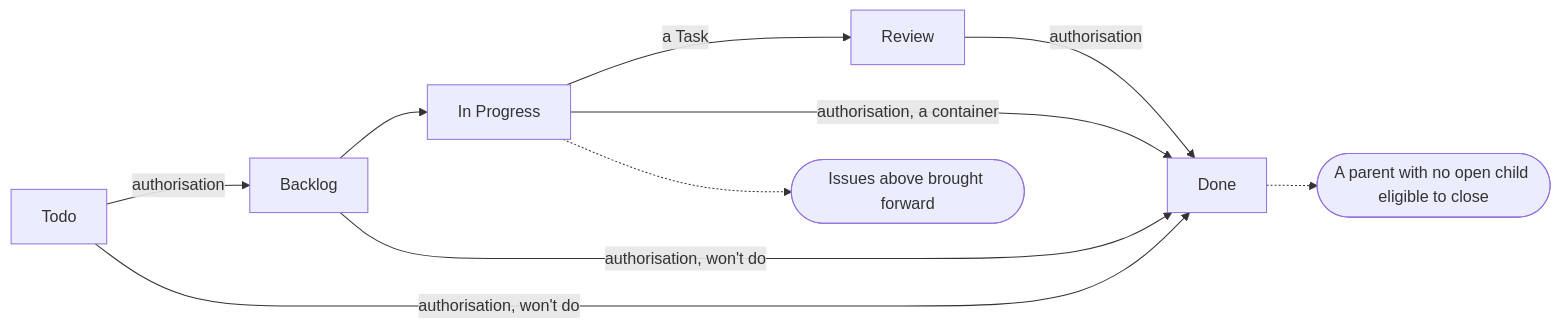
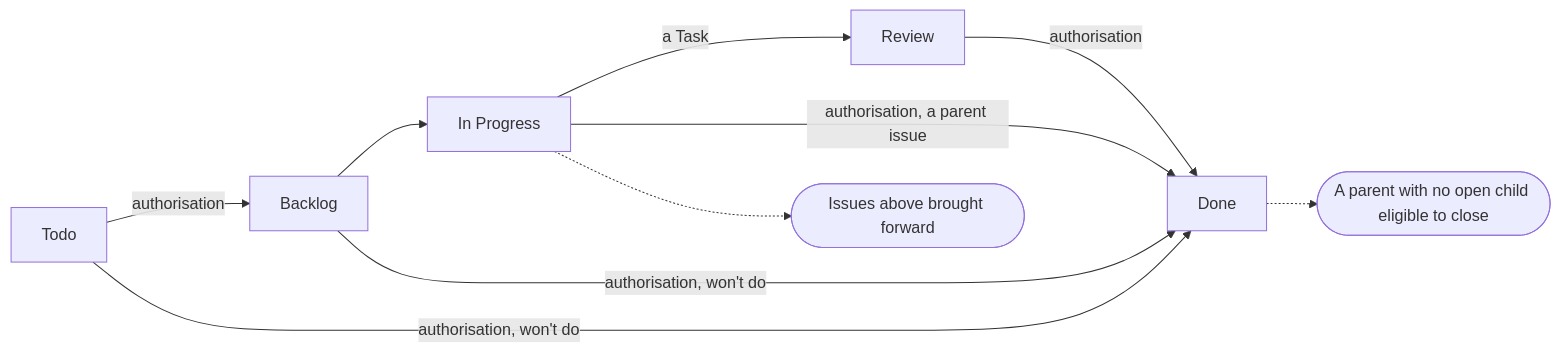
Before and after one commit to aleskalfas/project-kit: the second of 3 diagrams in tech-docs/analysis/project-management/domain-model/030-the-issue-lifecycle.md, drawn with Mermaid. The commit also changed other lines of this file and 11 other files, not shown here.

````diff
--- a/tech-docs/analysis/project-management/domain-model/030-the-issue-lifecycle.md
+++ b/tech-docs/analysis/project-management/domain-model/030-the-issue-lifecycle.md
@@ -49,14 +61,14 @@
 ```mermaid
 flowchart LR
   accTitle: How an issue moves through its lifecycle
   accDescr: An authorisation takes an issue from Todo to Backlog. It then moves to In Progress, and a Task to Review. An authorisation takes it to Done, and closing as won't do also needs one. A forward move brings the issues above forward, and a parent with no open child becomes eligible to close.
   todo[Todo] -->|authorisation| backlog[Backlog]
   backlog --> inprogress[In Progress]
   inprogress -->|a Task| review[Review]
   review -->|authorisation| done[Done]
-  inprogress -->|authorisation, a container| done
+  inprogress -->|authorisation, a parent issue| done
   todo -->|authorisation, won't do| done
   backlog -->|authorisation, won't do| done
   inprogress -.-> forward([Issues above brought forward])
   done -.-> eligible([A parent with no open child eligible to close])
 ```
````
